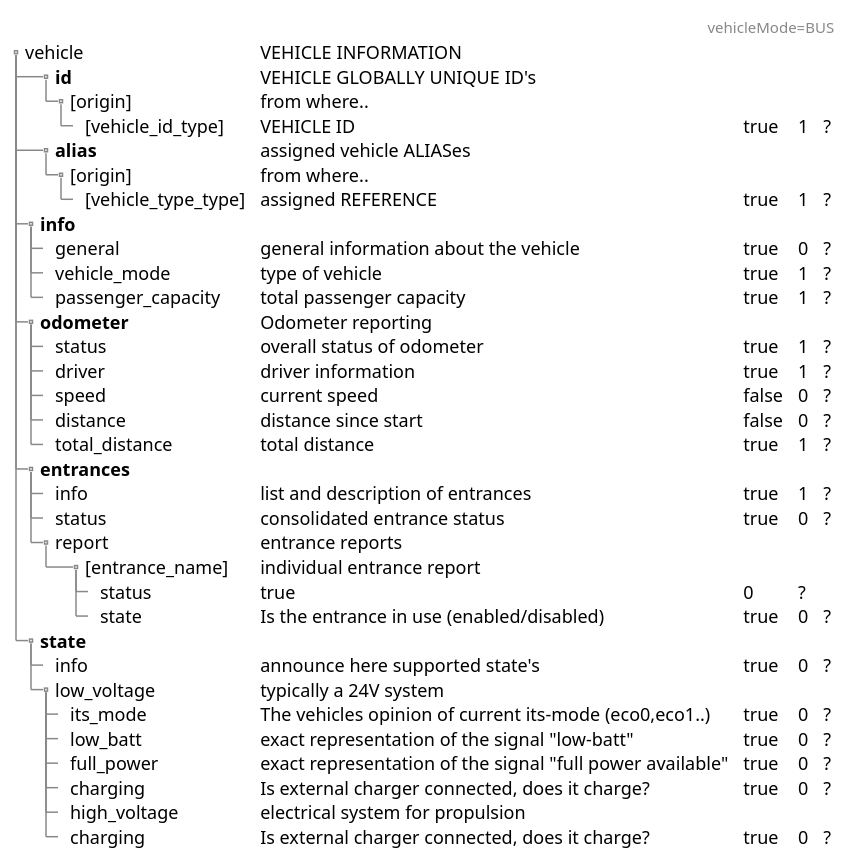
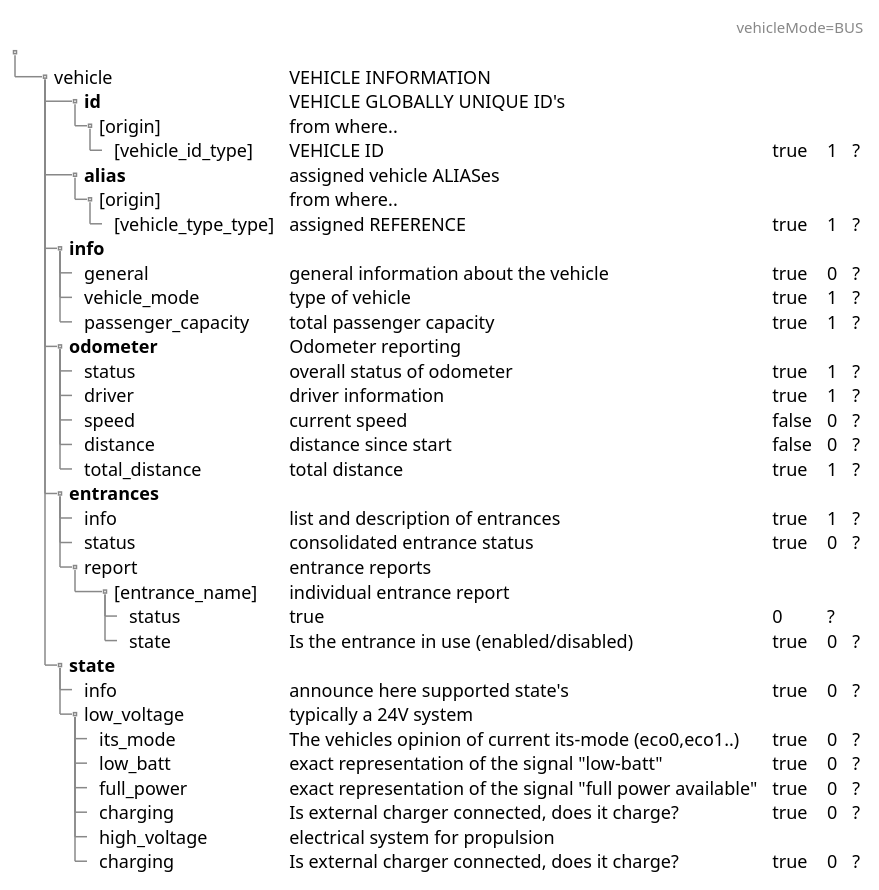
One commit to ITxPT/schematest changed the diagram in puml-linktest/vehicle.puml. Above: the diagram before and after it, drawn with PlantUML.

```diff
--- a/puml-linktest/vehicle.puml
+++ b/puml-linktest/vehicle.puml
@@ -1,52 +1,53 @@
 @startsalt (id=vehicle)
 
 ' Status: workdoc, version 0.3
 {
 {T
 '+**topic** | **payload** | **retain** | **QoS** | **msg exp**
 '+ **[itxpt_root_topic]**
 
 header vehicleMode=BUS
+.
 ++ vehicle | VEHICLE INFORMATION
 ++++ **id** | VEHICLE GLOBALLY UNIQUE ID's
 +++++ [origin] | from where..
 ++++++ [vehicle_id_type] | VEHICLE ID | true | 1 | ?
 ++++ **alias** | assigned vehicle ALIASes
 +++++ [origin] | from where..
 ++++++ [vehicle_type_type] | assigned REFERENCE | true | 1 | ?
 
 +++ **info**
 ++++ general | general information about the vehicle | true | 0 |?
 ++++ vehicle_mode | type of vehicle | true | 1 | ?
 ++++ passenger_capacity | total passenger capacity | true | 1 | ?
 
 +++ **odometer** | Odometer reporting
 ++++ status | overall status of odometer | true | 1 | ?
 ++++ driver | driver information | true | 1 | ?
 ++++ speed | current speed | false | 0 | ?
 ++++ distance | distance since start | false | 0 | ?
 ++++ total_distance | total distance | true | 1 | ?
 
 +++ **entrances**
 ++++ info | list and description of entrances | true | 1 | ?
 ++++ status | consolidated entrance status | true | 0 | ?
 ++++ report | entrance reports
 ++++++ [entrance_name] | individual entrance report
 +++++++ status | true | 0 | ?
 +++++++ state | Is the entrance in use (enabled/disabled) | true | 0 | ?
 
 +++ **state**
 ++++ info | announce here supported state's | true | 0 | ?
 ++++ low_voltage | typically a 24V system
 +++++ its_mode | The vehicles opinion of current its-mode (eco0,eco1..) | true | 0 | ?
 +++++ low_batt | exact representation of the signal "low-batt"  | true | 0 | ?
 +++++ full_power | exact representation of the signal "full power available"  | true | 0 | ?
 +++++ charging | Is external charger connected, does it charge?  | true | 0 | ?
 +++++ high_voltage | electrical system for propulsion
 +++++ charging | Is external charger connected, does it charge?  | true | 0 | ?
 
 
 
 }
 }
 @endsalt
```
